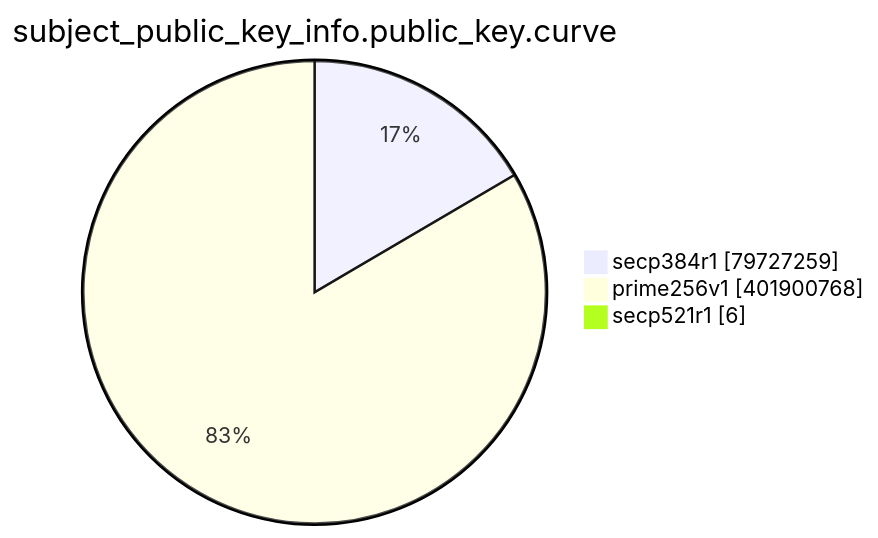
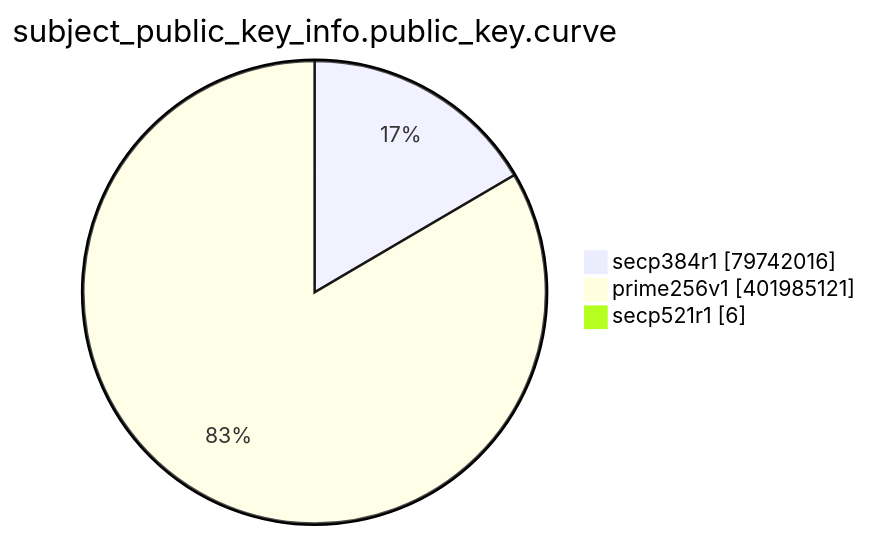
The eighth of 15 diagrams in TOTAL/README.md (christiankrug/ctmonitor_visualization), drawn with Mermaid before and after one commit. The commit also changed other lines of this file, not shown here.

````diff
--- a/TOTAL/README.md
+++ b/TOTAL/README.md
@@ -3095,7 +3095,7 @@
 ```mermaid
 pie showData
 title subject_public_key_info.public_key.curve
-"secp384r1" :79727259
-"prime256v1" :401900768
+"secp384r1" :79742016
+"prime256v1" :401985121
 "secp521r1" :6
 ```
````
